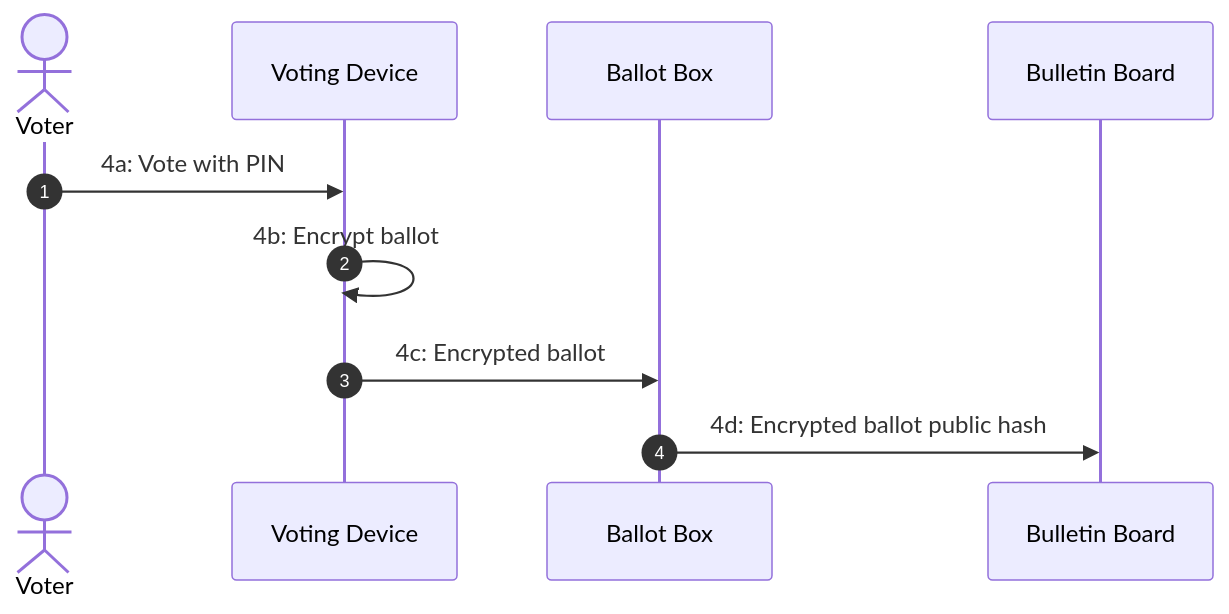
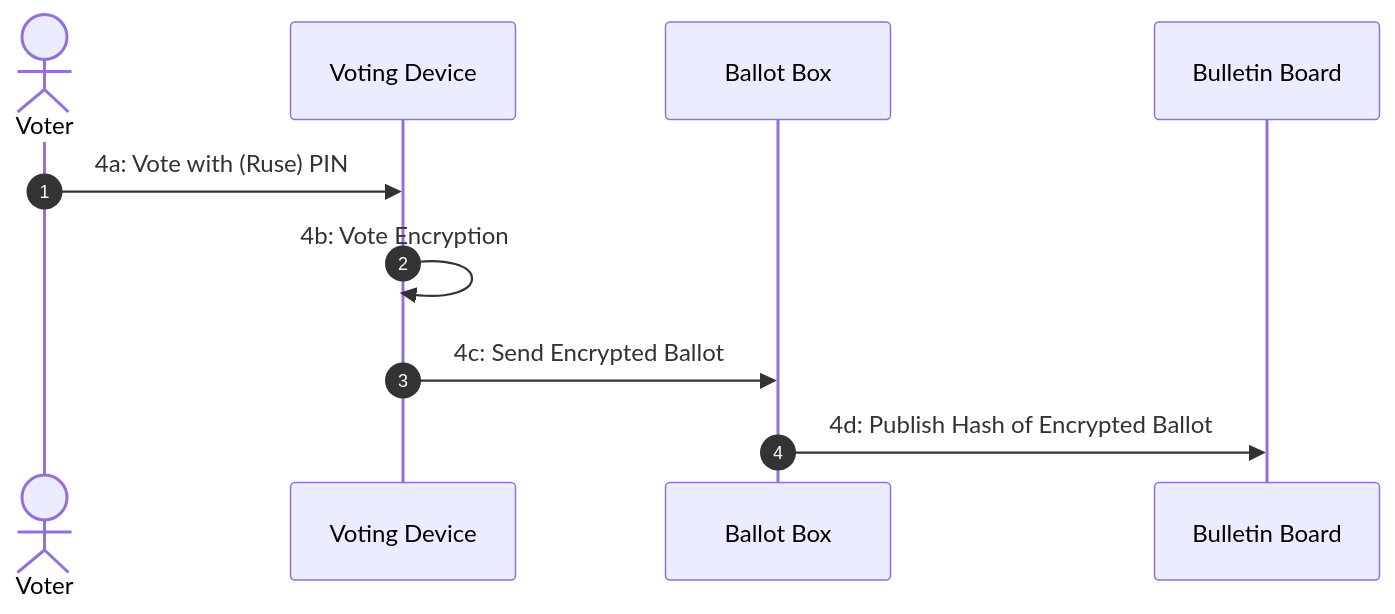
The fourth of 5 diagrams in README.md (AlessandroPerez/evoting-rs), drawn with Mermaid before and after one commit. The commit also changed other lines of this file, not shown here.

````diff
--- a/README.md
+++ b/README.md
@@ -91,12 +91,12 @@
 ```mermaid
 sequenceDiagram
     autonumber
     actor V as Voter
     participant VD as Voting Device
     participant BB as Ballot Box
     participant WBB as Bulletin Board
-    V->>VD: 4a: Vote with PIN
-    VD->>VD: 4b: Encrypt ballot
-    VD->>BB: 4c: Encrypted ballot
-    BB->>WBB: 4d: Encrypted ballot public hash
+    V->>VD: 4a: Vote with (Ruse) PIN
+    VD->>VD: 4b: Vote Encryption
+    VD->>BB: 4c: Send Encrypted Ballot
+    BB->>WBB: 4d: Publish Hash of Encrypted Ballot
 ```
````
